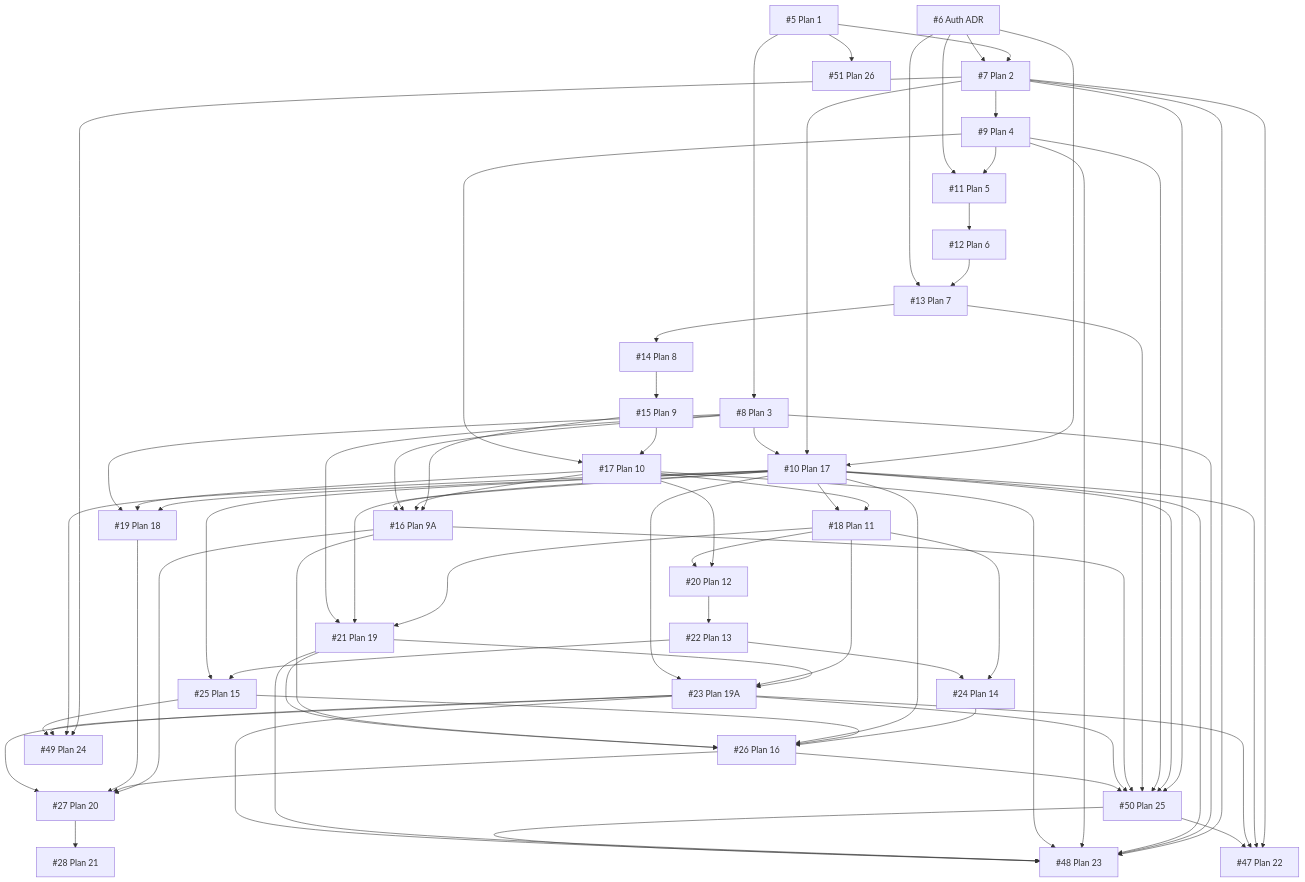
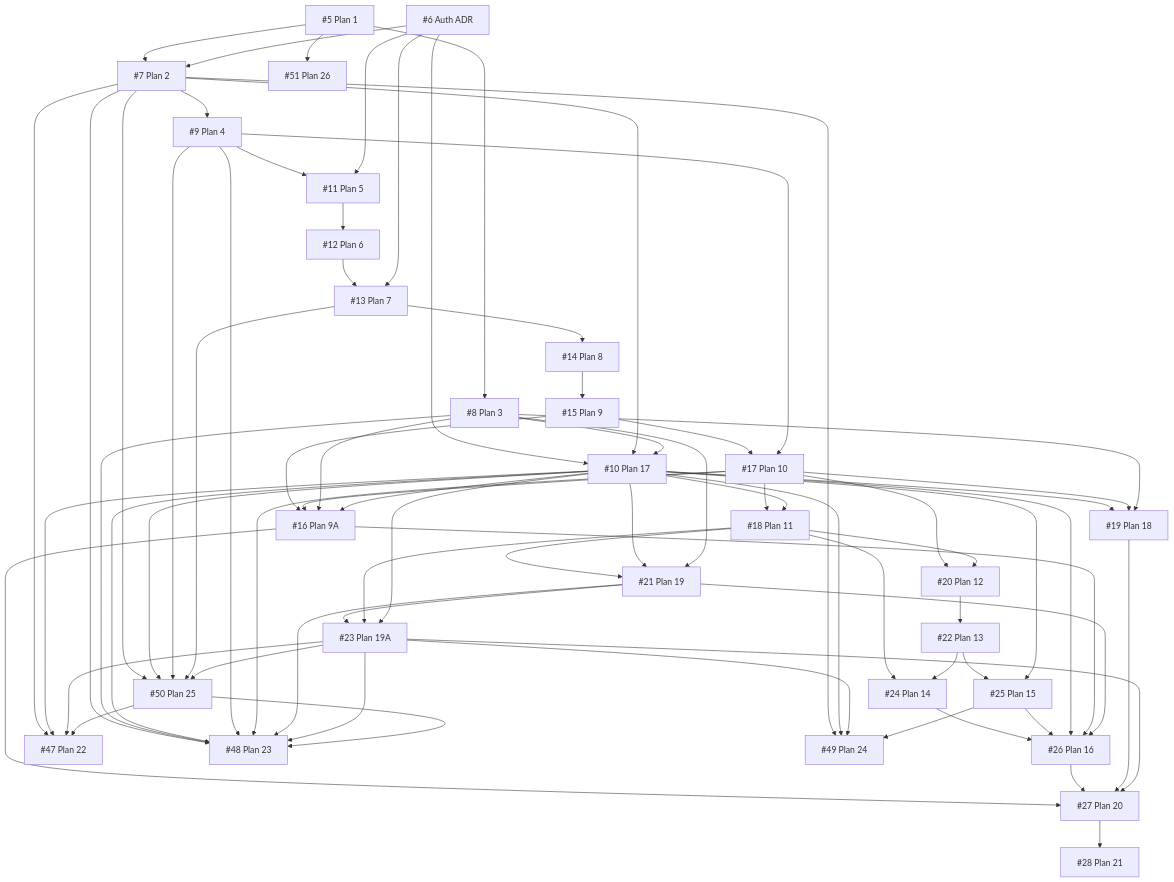
Before and after one commit to TomokiAkiyama06/server-sentinel: the diagram in docs/INITIAL_ISSUES.md, drawn with Mermaid. The commit also changed other lines of this file, not shown here.

````diff
--- a/docs/INITIAL_ISSUES.md
+++ b/docs/INITIAL_ISSUES.md
@@ -159,8 +159,6 @@
   i10 --> i50
   i9 --> i50
   i13 --> i50
-  i16 --> i50
   i23 --> i50
-  i26 --> i50
   i5 --> i51
 ```
````
